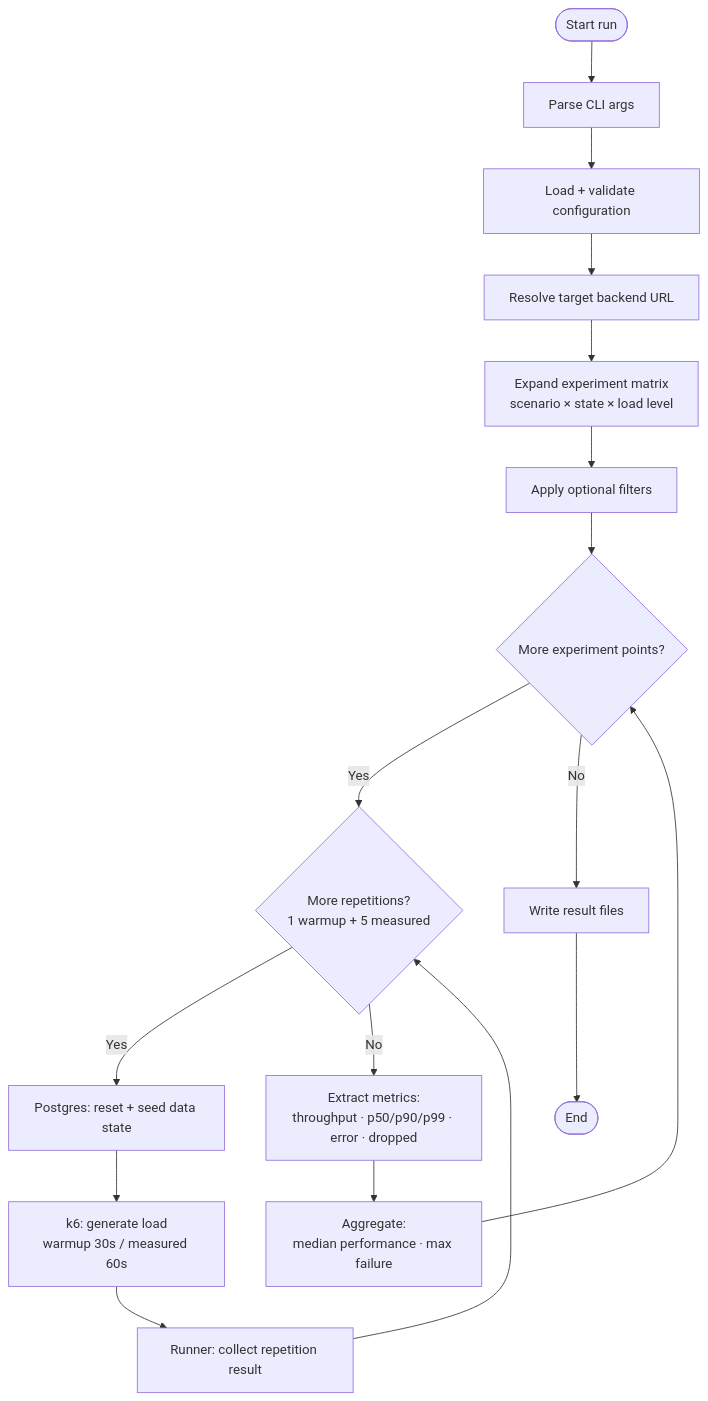
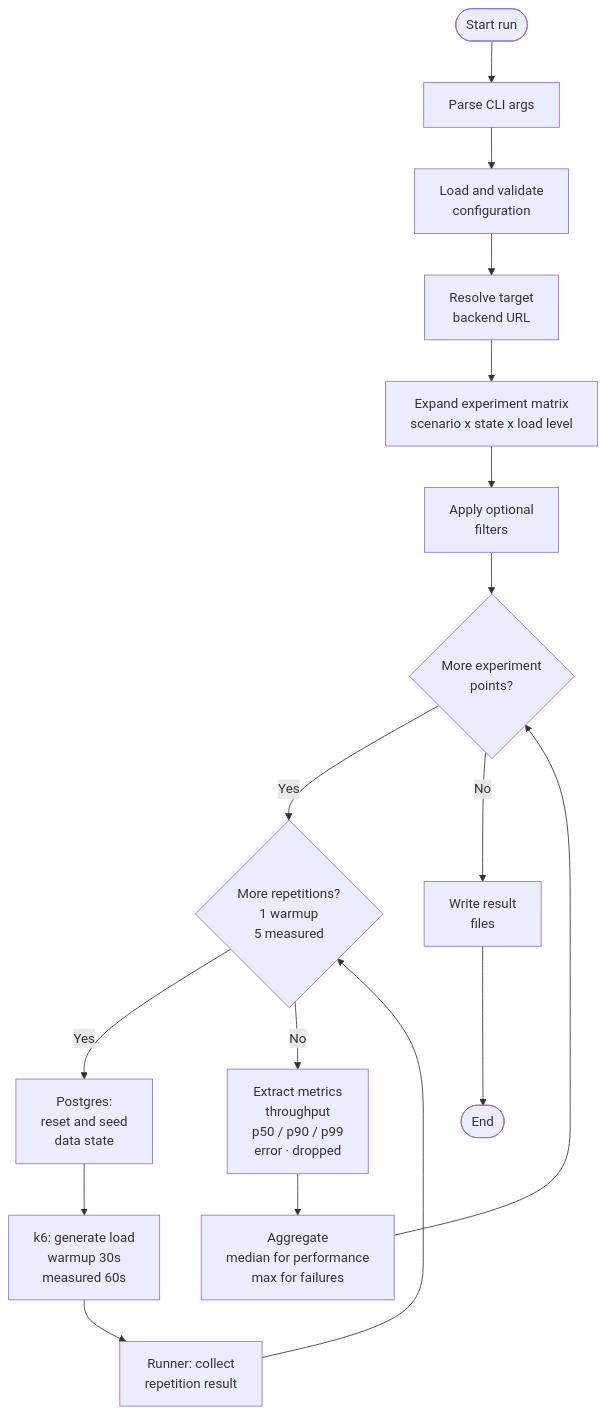
Before and after one commit to Punschkrapferl/benchmark-thesis: the second of 2 diagrams in README.md, drawn with Mermaid. The commit also changed 1 other file, not shown here.

Commit message:
update diagrams

````diff
--- a/README.md
+++ b/README.md
@@ -54,19 +54,19 @@
 ```mermaid
 flowchart TD
     Start([Start run]) --> CLI[Parse CLI args]
-    CLI --> Load[Load + validate configuration]
-    Load --> Resolve[Resolve target backend URL]
-    Resolve --> Expand[Expand experiment matrix<br/>scenario × state × load level]
-    Expand --> Filter[Apply optional filters]
-    Filter --> Loop{More experiment points?}
-    Loop -->|Yes| Rep{More repetitions?<br/>1 warmup + 5 measured}
-    Rep -->|Yes| Reset[Postgres: reset + seed data state]
-    Reset --> K6[k6: generate load<br/>warmup 30s / measured 60s]
-    K6 --> Collect[Runner: collect repetition result]
+    CLI --> Load[Load and validate<br/>configuration]
+    Load --> Resolve[Resolve target<br/>backend URL]
+    Resolve --> Expand[Expand experiment matrix<br/>scenario x state x load level]
+    Expand --> Filter[Apply optional<br/>filters]
+    Filter --> Loop{More experiment<br/>points?}
+    Loop -->|Yes| Rep{More repetitions?<br/>1 warmup<br/>5 measured}
+    Rep -->|Yes| Reset[Postgres:<br/>reset and seed<br/>data state]
+    Reset --> K6[k6: generate load<br/>warmup 30s<br/>measured 60s]
+    K6 --> Collect[Runner: collect<br/>repetition result]
     Collect --> Rep
-    Rep -->|No| Extract[Extract metrics:<br/>throughput · p50/p90/p99 · error · dropped]
-    Extract --> Aggregate[Aggregate:<br/>median performance · max failure]
+    Rep -->|No| Extract[Extract metrics<br/>throughput<br/>p50 / p90 / p99<br/>error · dropped]
+    Extract --> Aggregate[Aggregate<br/>median for performance<br/>max for failures]
     Aggregate --> Loop
-    Loop -->|No| Write[Write result files]
+    Loop -->|No| Write[Write result<br/>files]
     Write --> End([End])
 ```
````
